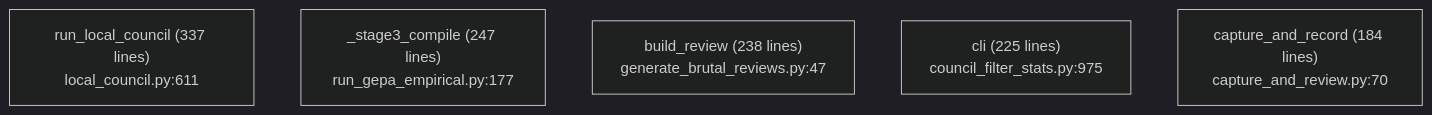
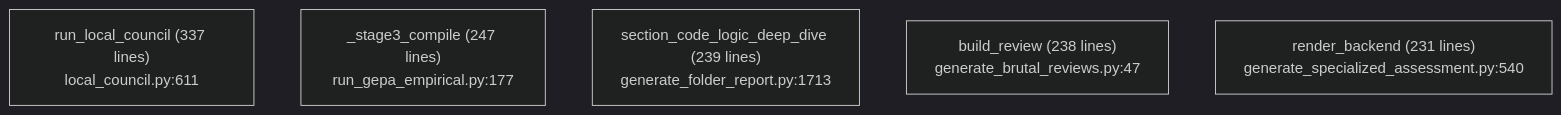
The fourth of 14 diagrams in scripts/README.md (PraveenAsthana123/circuitRAG), drawn with Mermaid (dark theme) before and after one commit. The commit also changed other lines of this file and 46 other files, not shown here.

````diff
--- a/scripts/README.md
+++ b/scripts/README.md
@@ -644,8 +648,8 @@
 ```mermaid
 flowchart TB
     local_council_py_611_run_local_council["run_local_council (337 lines)<br/>local_council.py:611"]
     run_gepa_empirical_py_177__stage3_compil["_stage3_compile (247 lines)<br/>run_gepa_empirical.py:177"]
+    generate_folder_report_py_1713_section_c["section_code_logic_deep_dive (239 lines)<br/>generate_folder_report.py:1713"]
     generate_brutal_reviews_py_47_build_revi["build_review (238 lines)<br/>generate_brutal_reviews.py:47"]
-    council_filter_stats_py_975_cli["cli (225 lines)<br/>council_filter_stats.py:975"]
-    capture_and_review_py_70_capture_and_rec["capture_and_record (184 lines)<br/>capture_and_review.py:70"]
+    generate_specialized_assessment_py_540_r["render_backend (231 lines)<br/>generate_specialized_assessment.py:540"]
 ```
````
